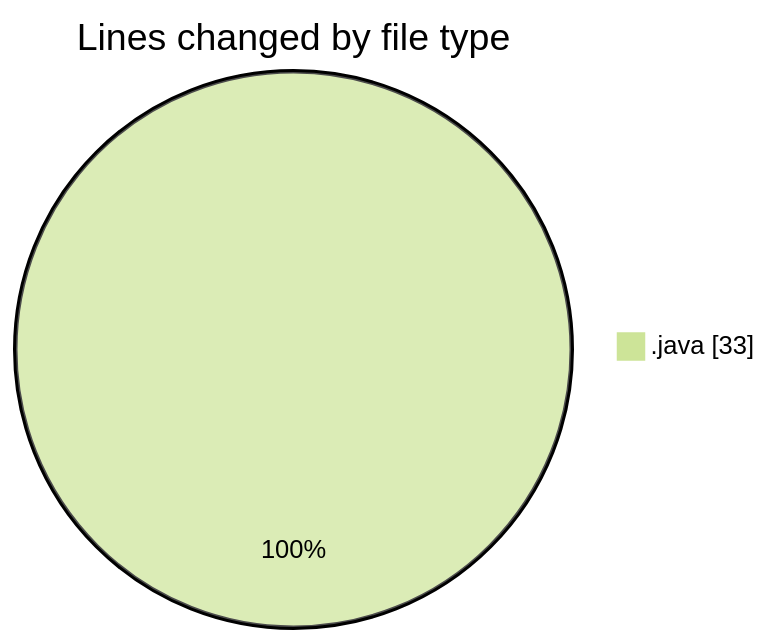
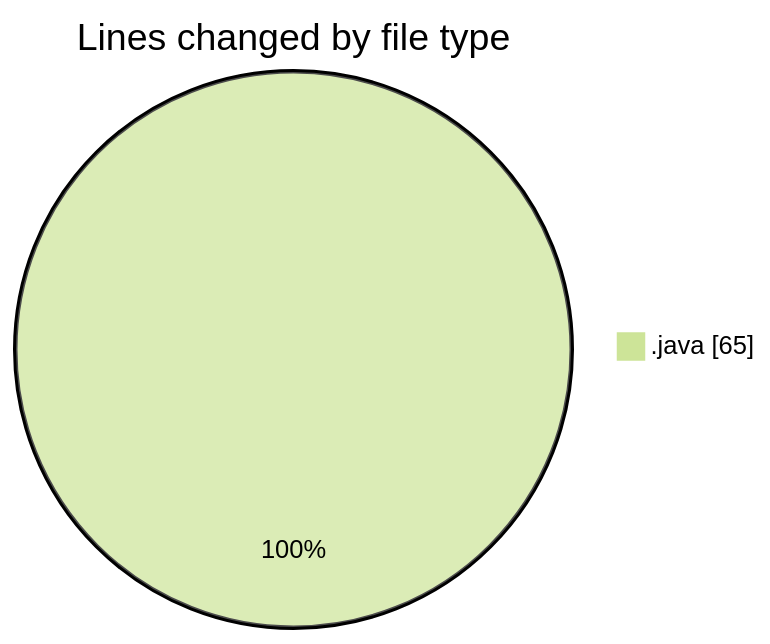
Before and after one commit to hasnaa123/code-tracking: the first of 2 diagrams in 2026-10-04/taskforge/README.md, drawn with Mermaid (forest theme). The commit also changed other lines of this file and 1 other file, not shown here.

````diff
--- a/2026-10-04/taskforge/README.md
+++ b/2026-10-04/taskforge/README.md
@@ -20,5 +20,5 @@
 ```mermaid
 pie showData
 title Lines changed by file type
-".java" : 33
+".java" : 65
 ```
````
